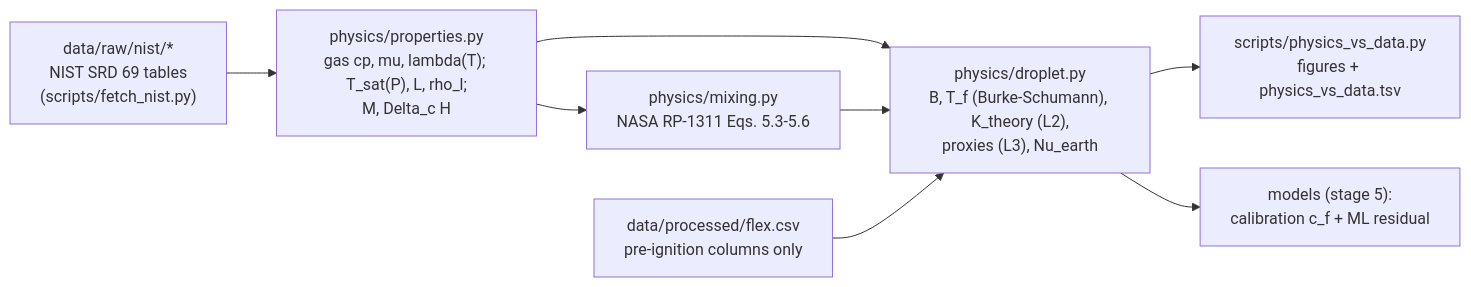
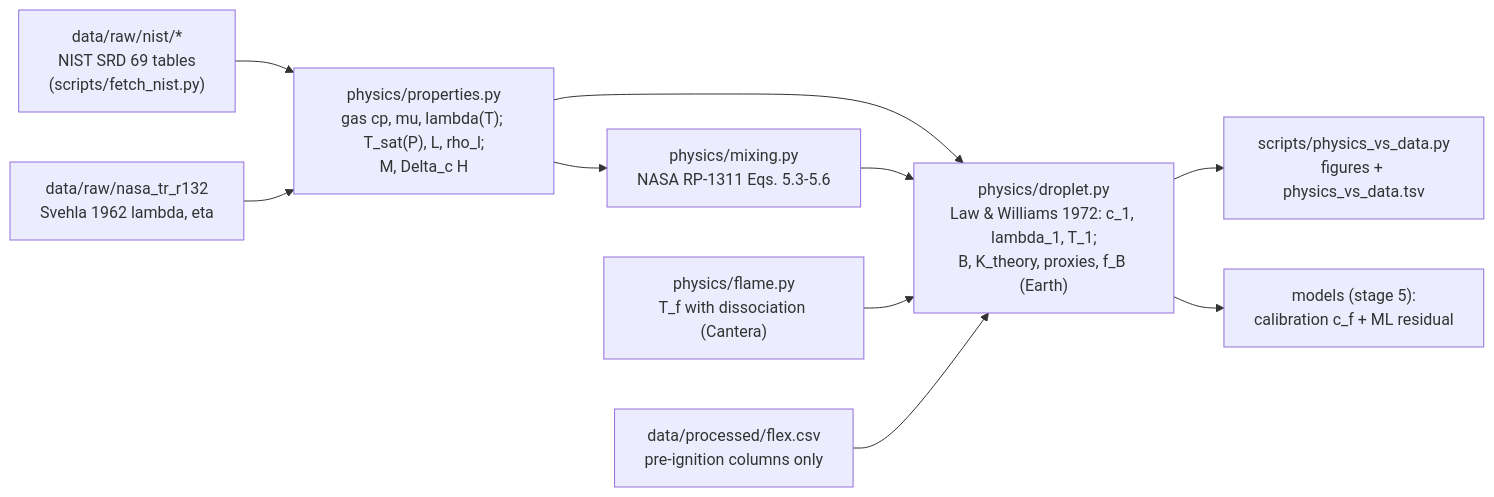
Before and after one commit to ruska51/prometheus-0g: the second of 2 diagrams in docs/ARCHITECTURE.md, drawn with Mermaid. The commit also changed other lines of this file and 17 other files, not shown here.

Commit message:
physics: Law & Williams (1972) property prescription - equilibrium T_f, lambda_1 = 0.4 lambda_F + 0.6 lambda_a, Svehla fuel-vapour conductivity; K ratio methanol 0.97, heptane 0.73 (ADR-027)

````diff
--- a/docs/ARCHITECTURE.md
+++ b/docs/ARCHITECTURE.md
@@ -59,9 +59,11 @@
 ```mermaid
 flowchart LR
     N["data/raw/nist/*<br/>NIST SRD 69 tables<br/>(scripts/fetch_nist.py)"] --> PR["physics/properties.py<br/>gas cp, mu, lambda(T); T_sat(P), L, rho_l;<br/>M, Delta_c H"]
     PR --> MX["physics/mixing.py<br/>NASA RP-1311 Eqs. 5.3-5.6"]
-    PR & MX --> DR["physics/droplet.py<br/>B, T_f (Burke-Schumann), K_theory (L2),<br/>proxies (L3), Nu_earth"]
+    PR & MX --> DR["physics/droplet.py<br/>Law & Williams 1972: c_1, lambda_1, T_1;<br/>B, K_theory, proxies, f_B (Earth)"]
+    FL["physics/flame.py<br/>T_f with dissociation (Cantera)"] --> DR
+    SV["data/raw/nasa_tr_r132<br/>Svehla 1962 lambda, eta"] --> PR
     FP["data/processed/flex.csv<br/>pre-ignition columns only"] --> DR
     DR --> CMP["scripts/physics_vs_data.py<br/>figures + physics_vs_data.tsv"]
     DR --> ML["models (stage 5):<br/>calibration c_f + ML residual"]
 ```
````
